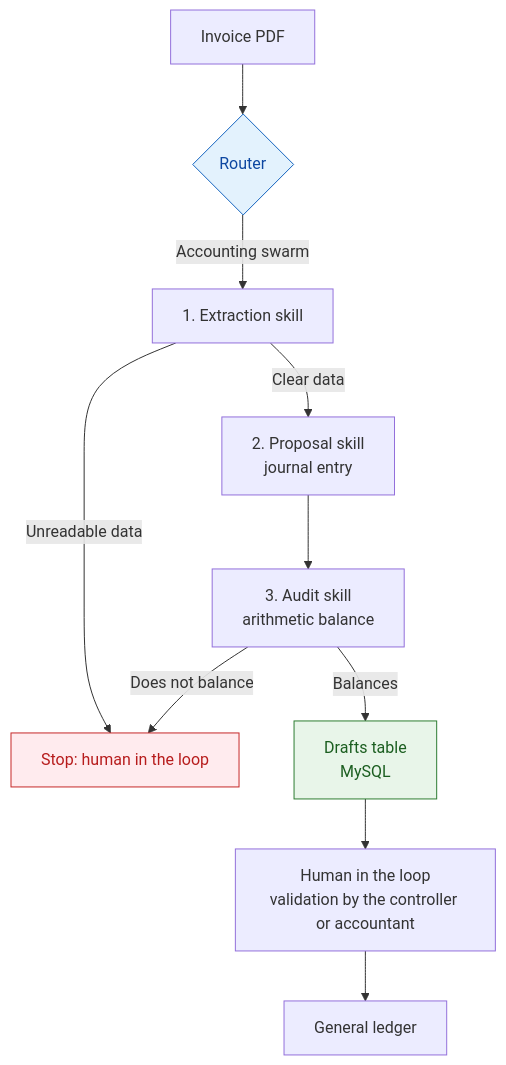
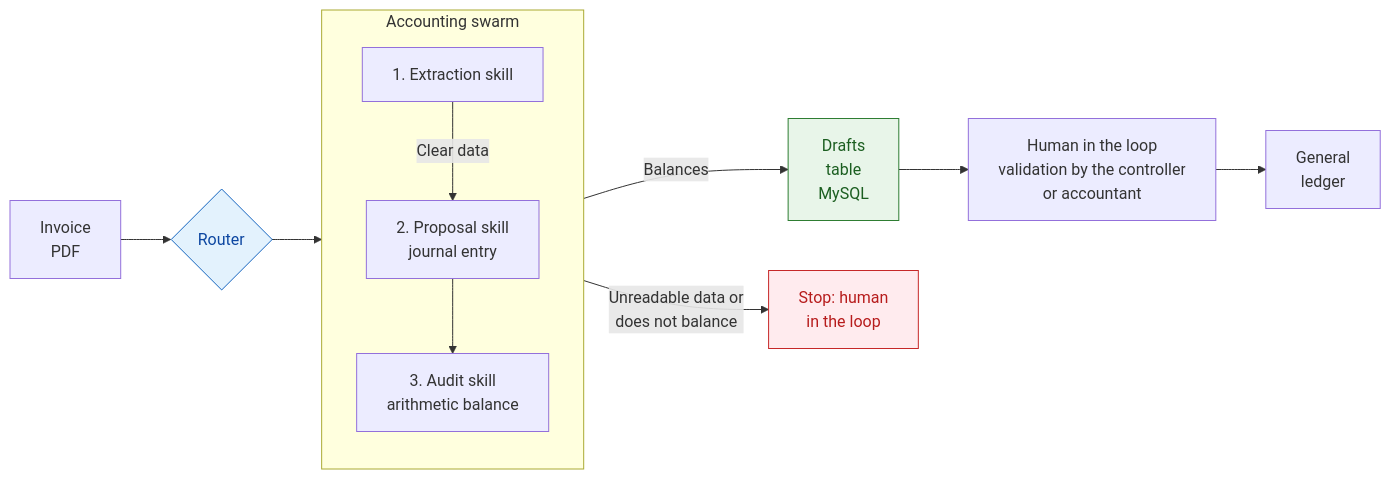
Before and after one commit to jleonceo/portfolio-juan-luis: the second of 3 diagrams in README.en.md, drawn with Mermaid. The commit also changed other lines of this file and 1 other file, not shown here.

````diff
--- a/README.en.md
+++ b/README.en.md
@@ -57,16 +57,18 @@
 ```mermaid
-flowchart TD
-    A[Invoice PDF] --> B{Router}
-    B -->|Accounting swarm| C[1. Extraction skill]
-    C -->|Unreadable data| D[Stop: human in the loop]
-    C -->|Clear data| E[2. Proposal skill<br/>journal entry]
-    E --> F[3. Audit skill<br/>arithmetic balance]
-    F -->|Does not balance| D
-    F -->|Balances| G[Drafts table<br/>MySQL]
-    G --> H[Human in the loop<br/>validation by the controller or accountant]
-    H --> I[General ledger]
+flowchart LR
+    A[Invoice<br/>PDF] --> B{Router}
+    B --> SG
+    subgraph SG[Accounting swarm]
+        direction TB
+        C[1. Extraction skill] -->|Clear data| E[2. Proposal skill<br/>journal entry]
+        E --> F[3. Audit skill<br/>arithmetic balance]
+    end
+    SG -->|Balances| G[Drafts<br/>table<br/>MySQL]
+    SG -->|Unreadable data or<br/>does not balance| D[Stop: human<br/>in the loop]
+    G --> H[Human in the loop<br/>validation by the controller<br/>or accountant]
+    H --> I[General<br/>ledger]
 
     style D fill:#ffebee,stroke:#c62828,color:#b71c1c
     style G fill:#e8f5e9,stroke:#2e7d32,color:#1b5e20
     style B fill:#e3f2fd,stroke:#1565c0,color:#0d47a1
 ```
````
